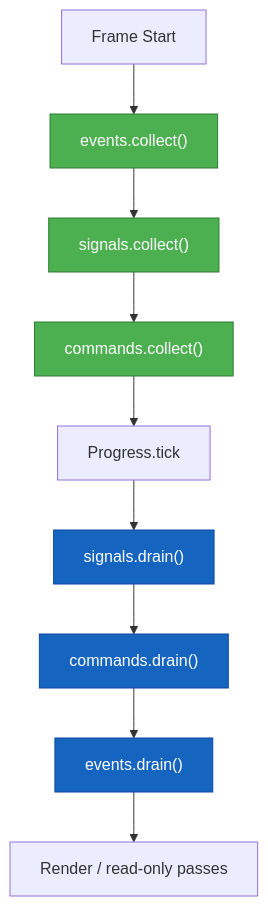
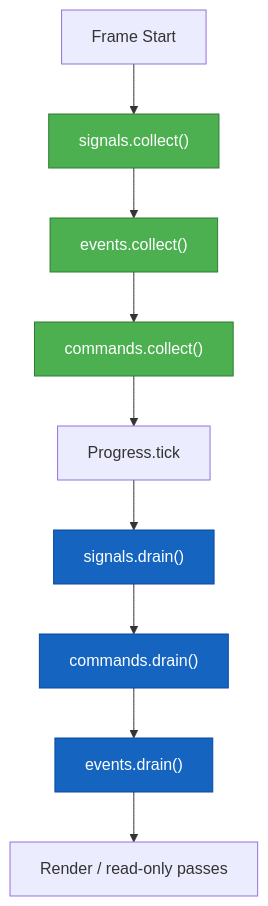
The diagram in AGENTS.md (imunitic/eon), drawn with Mermaid before and after one commit. The commit also changed other lines of this file and 1 other file, not shown here.

````diff
--- a/AGENTS.md
+++ b/AGENTS.md
@@ -267,20 +268,20 @@
 ```mermaid
 flowchart TD
-    A["Frame Start"] --> B["events.collect()"]
-    B --> C["signals.collect()"]
+    A["Frame Start"] --> B["signals.collect()"]
+    B --> C["events.collect()"]
     C --> D["commands.collect()"]
     D --> E["Progress.tick"]
     E --> F["signals.drain()"]
     F --> G["commands.drain()"]
     G --> H["events.drain()"]
     H --> I["Render / read-only passes"]
 
     classDef collect fill:#4caf50,stroke:#2e7d32,color:#fff
     classDef drain fill:#1565c0,stroke:#0d47a1,color:#fff
     class B collect
     class C collect
     class D collect
     class F drain
     class G drain
     class H drain
 ```
````
